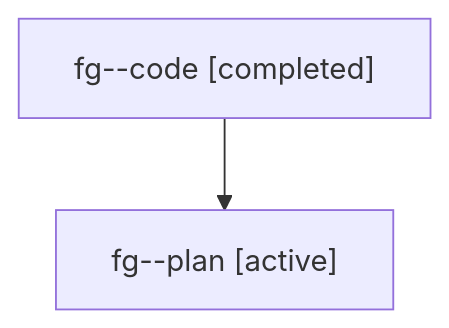
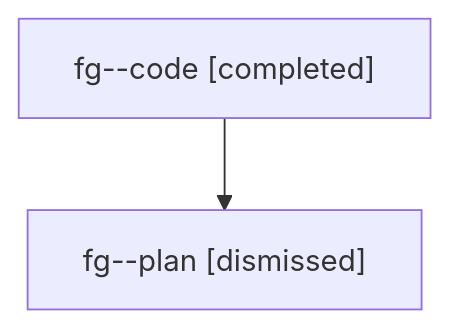
Before and after one commit to sase-org/sase--agents: the diagram in sessions/bbugyi200.athena.fg.md, drawn with Mermaid. The commit also changed other lines of this file and 42 other files, not shown here.

````diff
--- a/sessions/bbugyi200.athena.fg.md
+++ b/sessions/bbugyi200.athena.fg.md
@@ -9,6 +9,6 @@
 ```mermaid
 flowchart TD
   n0["fg--code [completed]"]
-  n1["fg--plan [active]"]
+  n1["fg--plan [dismissed]"]
   n0 --> n1
 ```
````
